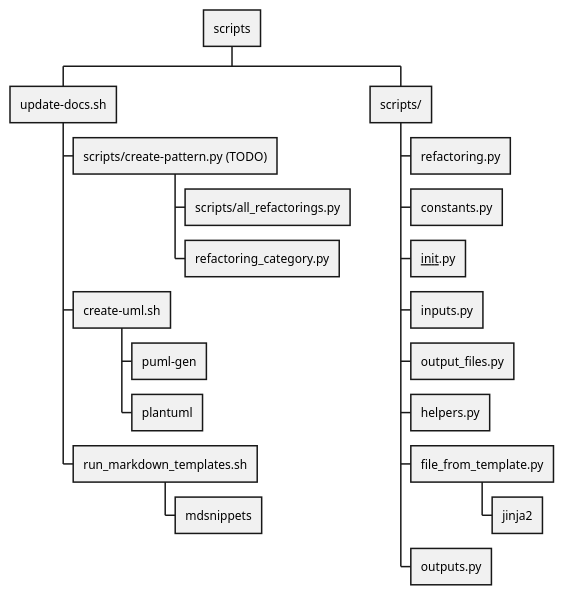
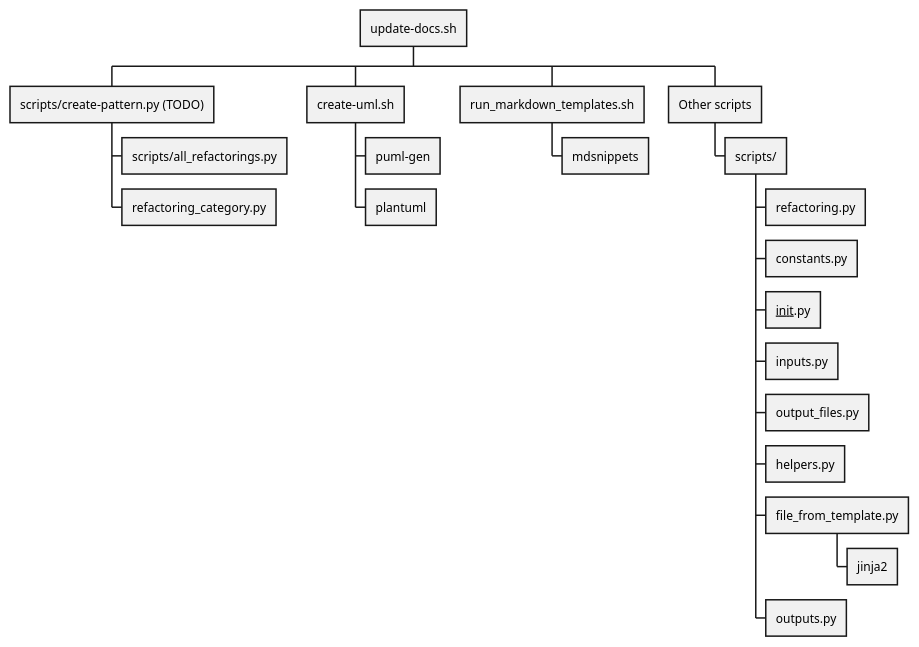
Before and after one commit to claremacrae/RefactoringSamples: the diagram in uml/Scripts/Scripts.puml, drawn with PlantUML.

Commit message:
Clearer Grouping of scripts in diagram

```diff
--- a/uml/Scripts/Scripts.puml
+++ b/uml/Scripts/Scripts.puml
@@ -1,24 +1,24 @@
 @startwbs
 
-* scripts
-** update-docs.sh
-*** scripts/create-pattern.py (TODO)
-**** scripts/all_refactorings.py
-**** refactoring_category.py
-*** create-uml.sh
-**** puml-gen
-**** plantuml
-*** run_markdown_templates.sh
-**** mdsnippets
-** scripts/
-*** refactoring.py
-*** constants.py
-*** __init__.py
-*** inputs.py
-*** output_files.py
-*** helpers.py
-*** file_from_template.py
-**** jinja2
-*** outputs.py
+* update-docs.sh
+** scripts/create-pattern.py (TODO)
+*** scripts/all_refactorings.py
+*** refactoring_category.py
+** create-uml.sh
+*** puml-gen
+*** plantuml
+** run_markdown_templates.sh
+*** mdsnippets
+** Other scripts
+*** scripts/
+**** refactoring.py
+**** constants.py
+**** __init__.py
+**** inputs.py
+**** output_files.py
+**** helpers.py
+**** file_from_template.py
+***** jinja2
+**** outputs.py
 
 @endwbs
```
